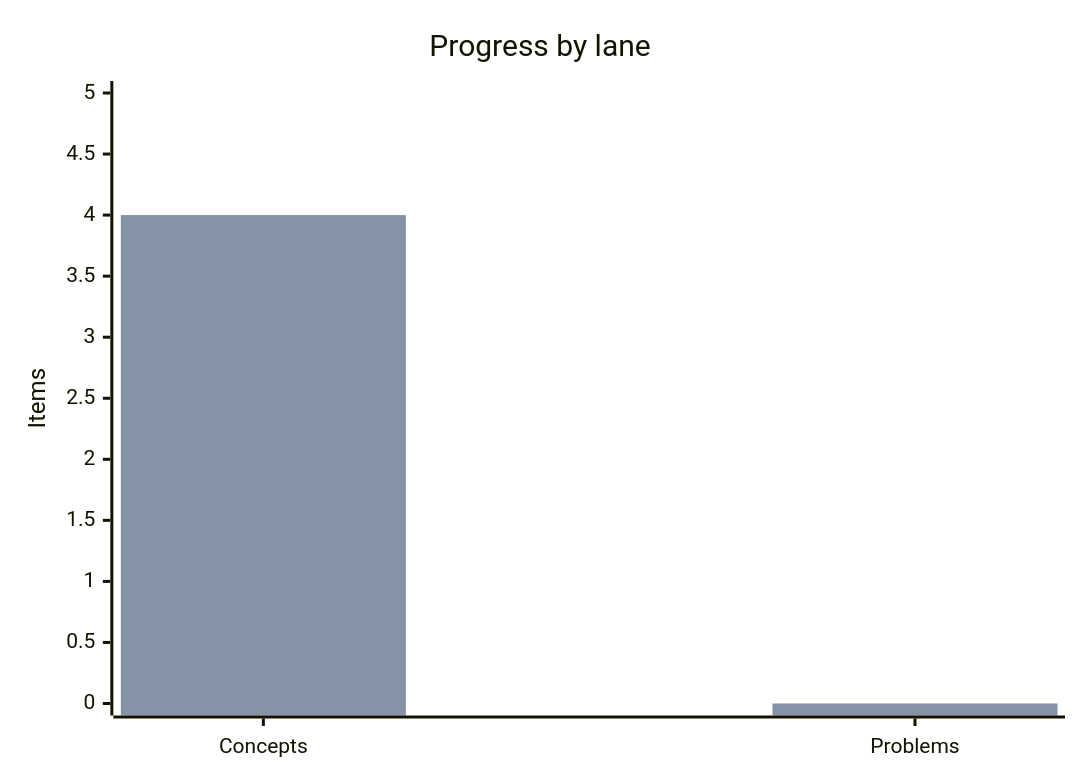
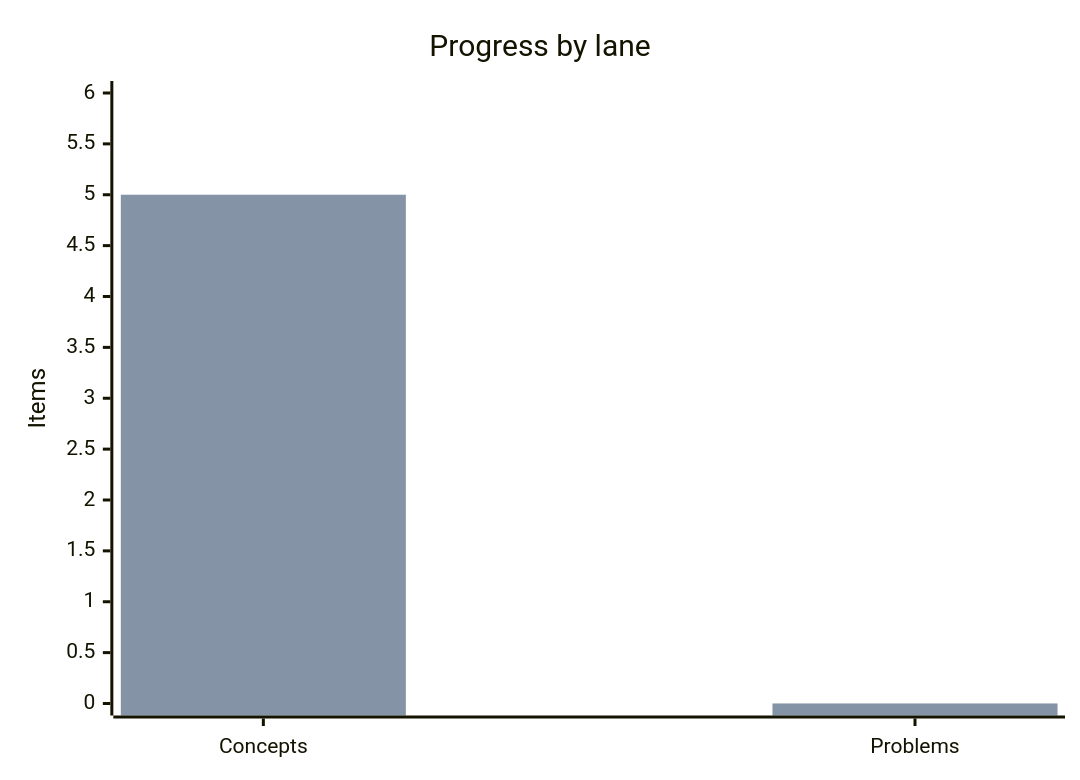
The diagram in README.md (mauli-waghmore/system-design-notes), drawn with Mermaid before and after one commit. The commit also changed other lines of this file and 2 other files, not shown here.

````diff
--- a/README.md
+++ b/README.md
@@ -32,9 +32,9 @@
 ```mermaid
 %%{init: {"xyChart": {"plotColorPalette": ["#0969da", "#3DA639"]}}}%%
 xychart-beta
     title "Progress by lane"
     x-axis ["Concepts", "Problems"]
-    y-axis "Items" 0 --> 5
-    bar [4, 0]
-    bar [4, 0]
+    y-axis "Items" 0 --> 6
+    bar [5, 0]
+    bar [5, 0]
 ```
````
